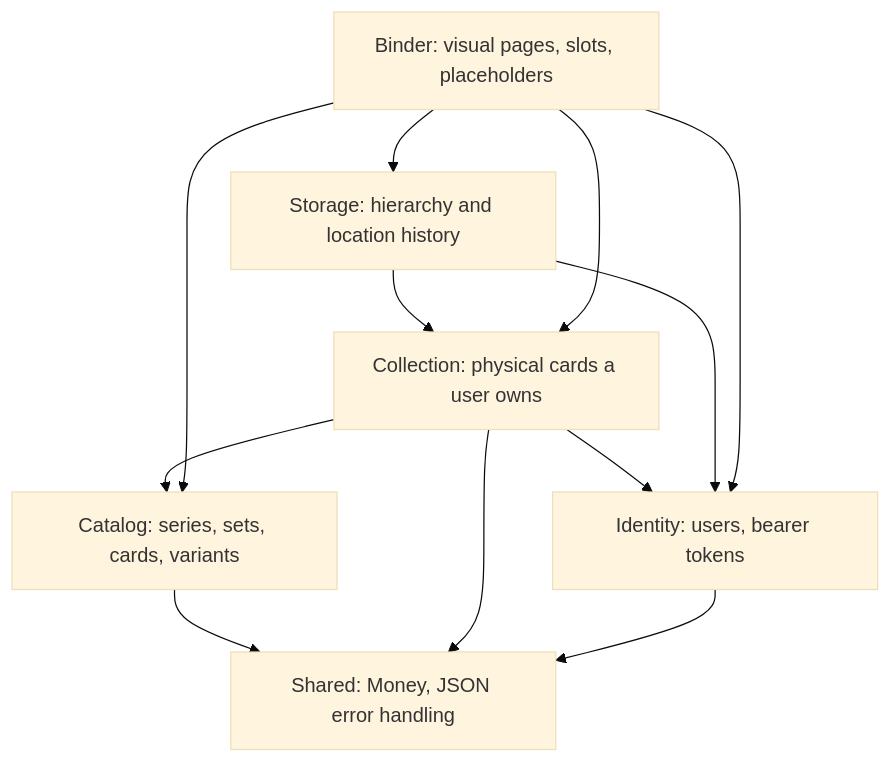
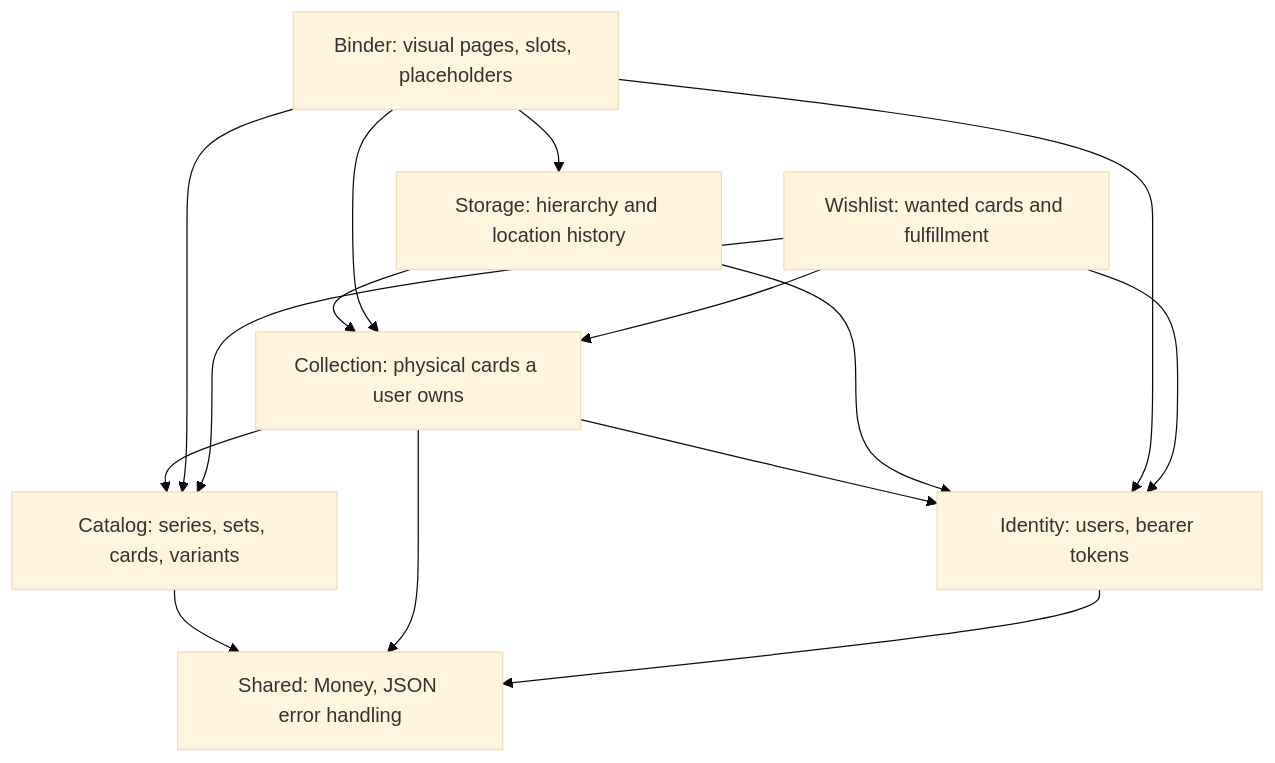
The diagram in README.md (Jelmer-Ketelaar/CardNest), drawn with Mermaid (base theme) before and after one commit. The commit also changed other lines of this file and 47 other files, not shown here.

Commit message:
[main] Add wishlist tracking and automatic fulfillment

````diff
--- a/README.md
+++ b/README.md
@@ -154,21 +164,25 @@
 ```mermaid
 flowchart TD
     Identity[Identity: users, bearer tokens]
     Catalog[Catalog: series, sets, cards, variants]
     Collection[Collection: physical cards a user owns]
     Storage[Storage: hierarchy and location history]
     Binder[Binder: visual pages, slots, placeholders]
+    Wishlist[Wishlist: wanted cards and fulfillment]
     Shared[Shared: Money, JSON error handling]
 
     Collection --> Catalog
     Collection --> Identity
     Storage --> Collection
     Storage --> Identity
     Binder --> Collection
     Binder --> Storage
     Binder --> Catalog
     Binder --> Identity
+    Wishlist --> Collection
+    Wishlist --> Catalog
+    Wishlist --> Identity
     Catalog --> Shared
     Collection --> Shared
     Identity --> Shared
 ```
````
